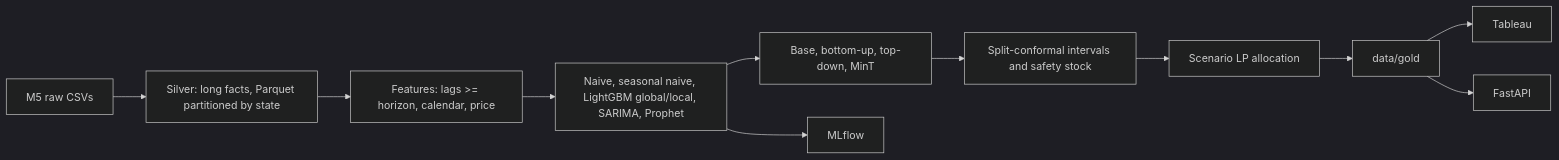
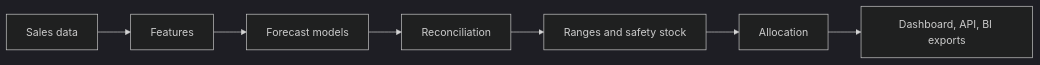
One commit to advaithvemurisai/demand-forecast-platform changed the diagram in README.md. Above: the diagram before and after it, drawn with Mermaid (dark theme). The commit also changed other lines of this file and 1 other file, not shown here.

First line of the commit message:
Lead with the business problem on the dashboard and README

````diff
--- a/README.md
+++ b/README.md
@@ -9,13 +31,9 @@
 ```mermaid
 flowchart LR
-    K[M5 raw CSVs] --> S[Silver: long facts, Parquet partitioned by state]
-    S --> F[Features: lags >= horizon, calendar, price]
-    F --> M[Naive, seasonal naive, LightGBM global/local, SARIMA, Prophet]
-    M --> R[Base, bottom-up, top-down, MinT]
-    R --> P[Split-conformal intervals and safety stock]
-    P --> A[Scenario LP allocation]
-    A --> G[data/gold]
-    G --> T[Tableau]
-    G --> API[FastAPI]
-    M --> X[MLflow]
+    D[Sales data] --> F[Features]
+    F --> M[Forecast models]
+    M --> R[Reconciliation]
+    R --> P[Ranges and safety stock]
+    P --> A[Allocation]
+    A --> O[Dashboard, API, BI exports]
 ```
````
